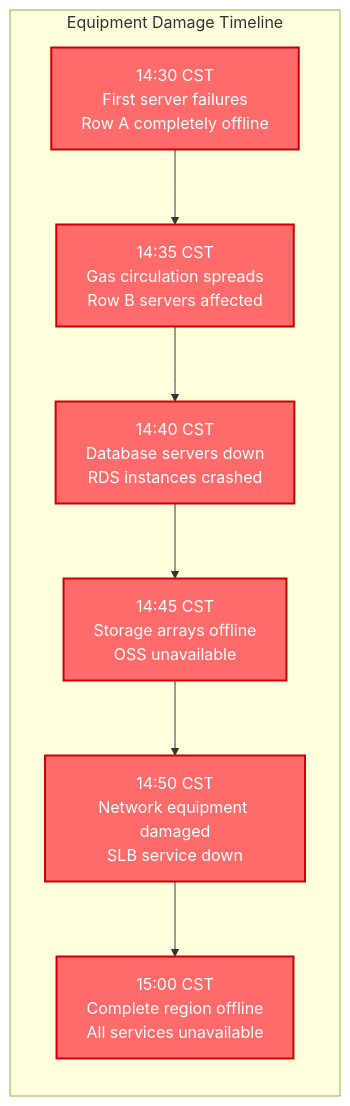
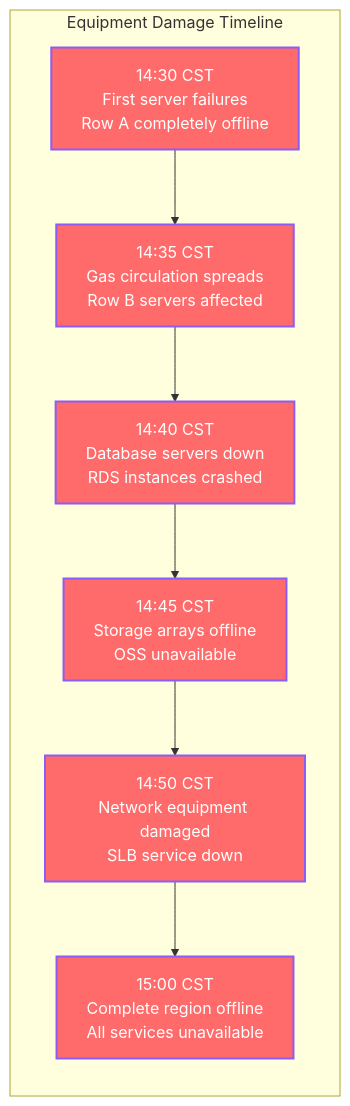
Before and after one commit to deepaucksharma/DS: the fourth of 12 diagrams in site/docs/incidents/alibaba-cloud-2023.md, drawn with Mermaid. The commit also changed other lines of this file and 303 other files, not shown here.

````diff
--- a/site/docs/incidents/alibaba-cloud-2023.md
+++ b/site/docs/incidents/alibaba-cloud-2023.md
@@ -155,16 +155,16 @@
 ```mermaid
 graph LR
     subgraph "Equipment Damage Timeline"
         A[14:30 CST<br/>First server failures<br/>Row A completely offline]
         B[14:35 CST<br/>Gas circulation spreads<br/>Row B servers affected]
         C[14:40 CST<br/>Database servers down<br/>RDS instances crashed]
         D[14:45 CST<br/>Storage arrays offline<br/>OSS unavailable]
         E[14:50 CST<br/>Network equipment damaged<br/>SLB service down]
         F[15:00 CST<br/>Complete region offline<br/>All services unavailable]
     end
 
     A --> B --> C --> D --> E --> F
 
-    classDef damageStyle fill:#FF6B6B,stroke:#CC0000,color:#fff,stroke-width:2px
+    classDef damageStyle fill:#FF6B6B,stroke:#8B5CF6,color:#fff,stroke-width:2px
     class A,B,C,D,E,F damageStyle
 ```
````
